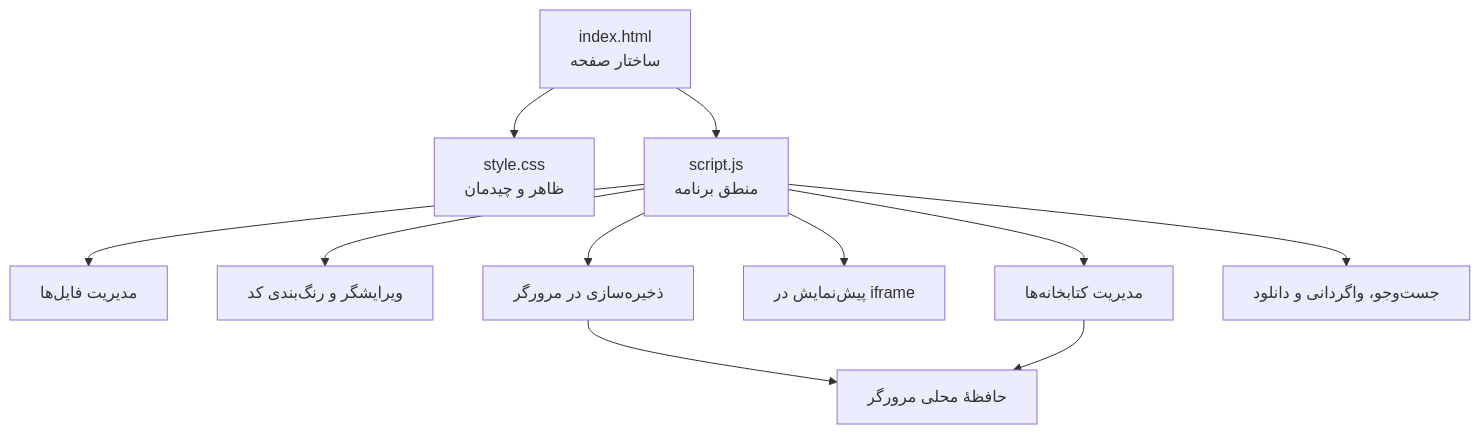
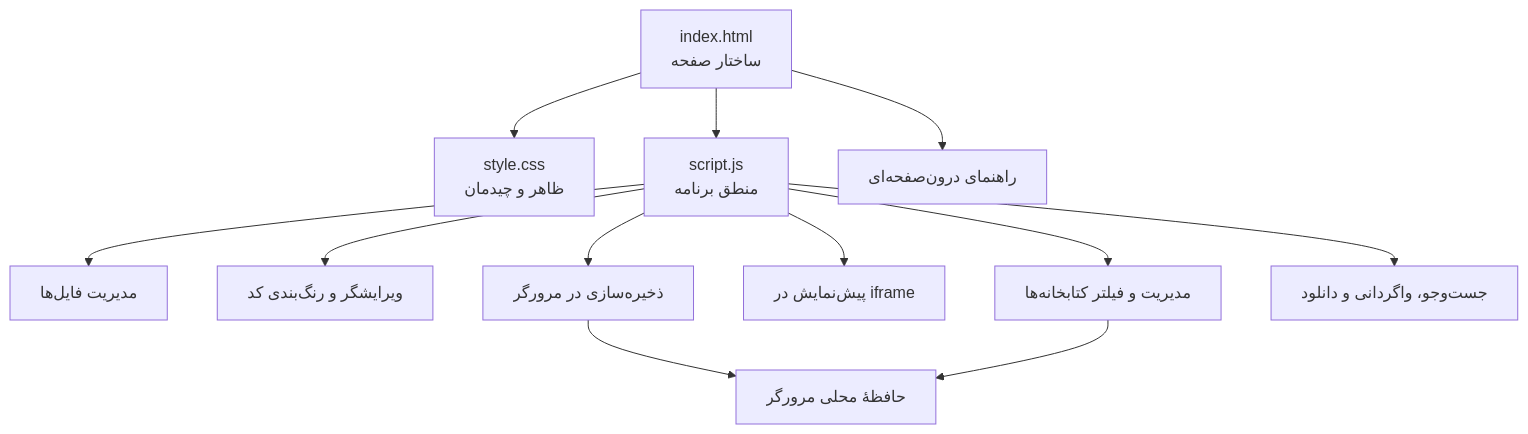
One commit to alfamaniya/Editor-html-css-js changed the diagram in README.md. Above: the diagram before and after it, drawn with Mermaid. The commit also changed other lines of this file, not shown here.

Commit message:
Update project map and clean up README table formatting

````diff
--- a/README.md
+++ b/README.md
@@ -5,13 +5,14 @@
 ```mermaid
 flowchart TD
     A["index.html<br/>ساختار صفحه"] --> B["style.css<br/>ظاهر و چیدمان"]
     A --> C["script.js<br/>منطق برنامه"]
     C --> D["مدیریت فایل‌ها"]
     C --> E["ویرایشگر و رنگ‌بندی کد"]
     C --> F["ذخیره‌سازی در مرورگر"]
     C --> G["پیش‌نمایش در iframe"]
-    C --> H["مدیریت کتابخانه‌ها"]
+    C --> H["مدیریت و فیلتر کتابخانه‌ها"]
     C --> I["جست‌وجو، واگردانی و دانلود"]
+    A --> K["راهنمای درون‌صفحه‌ای"]
     F --> J["حافظهٔ محلی مرورگر"]
     H --> J
 ```
````
